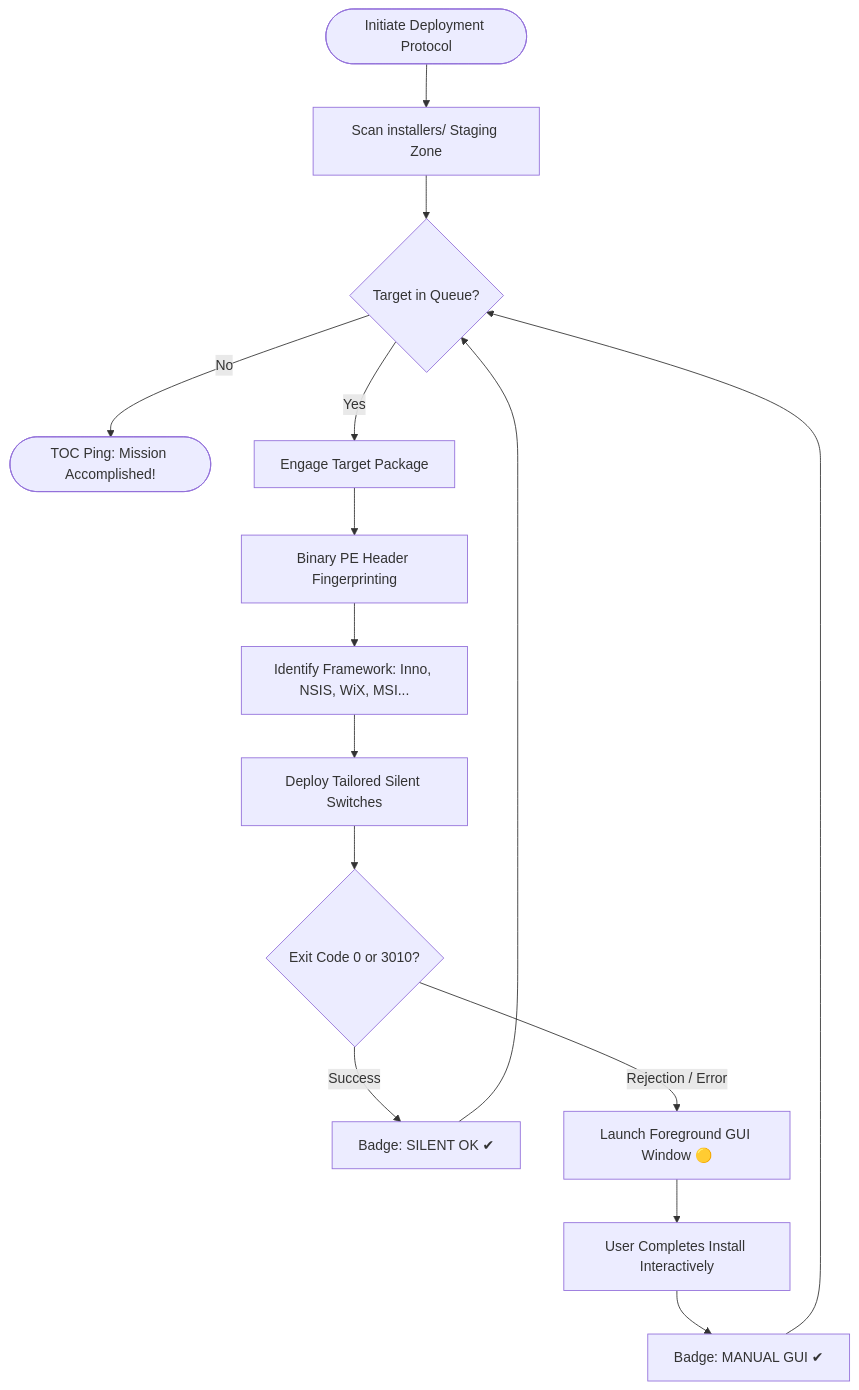
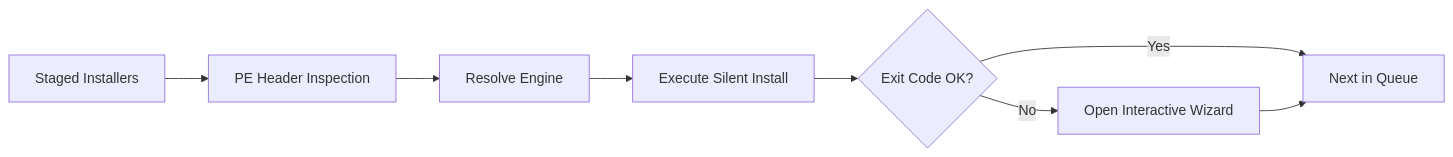
The diagram in README.md (Uwedwa/install-or-not), drawn with Mermaid before and after one commit. The commit also changed other lines of this file and 1 other file, not shown here.

````diff
--- a/README.md
+++ b/README.md
@@ -132,22 +54,10 @@
 ```mermaid
-flowchart TD
-    Start([Initiate Deployment Protocol]) --> Scan[Scan installers/ Staging Zone]
-    Scan --> CheckQueue{Target in Queue?}
-    
-    CheckQueue -- No --> Debrief([TOC Ping: Mission Accomplished!])
-    CheckQueue -- Yes --> Dequeue[Engage Target Package]
-    
-    Dequeue --> Inspect[Binary PE Header Fingerprinting]
-    Inspect --> Engine[Identify Framework: Inno, NSIS, WiX, MSI...]
-    Engine --> Silent[Deploy Tailored Silent Switches]
-    
-    Silent --> Validate{Exit Code 0 or 3010?}
-    Validate -- Success --> MarkOK[Badge: SILENT OK ✔]
-    Validate -- Rejection / Error --> Fallback[Launch Foreground GUI Window 🟡]
-    
-    Fallback --> Manual[User Completes Install Interactively]
-    Manual --> MarkManual[Badge: MANUAL GUI ✔]
-    
-    MarkOK --> CheckQueue
-    MarkManual --> CheckQueue
+flowchart LR
+    A[Staged Installers] --> B[PE Header Inspection]
+    B --> C[Resolve Engine]
+    C --> D[Execute Silent Install]
+    D --> E{Exit Code OK?}
+    E -- Yes --> F[Next in Queue]
+    E -- No --> G[Open Interactive Wizard]
+    G --> F
 ```
````
